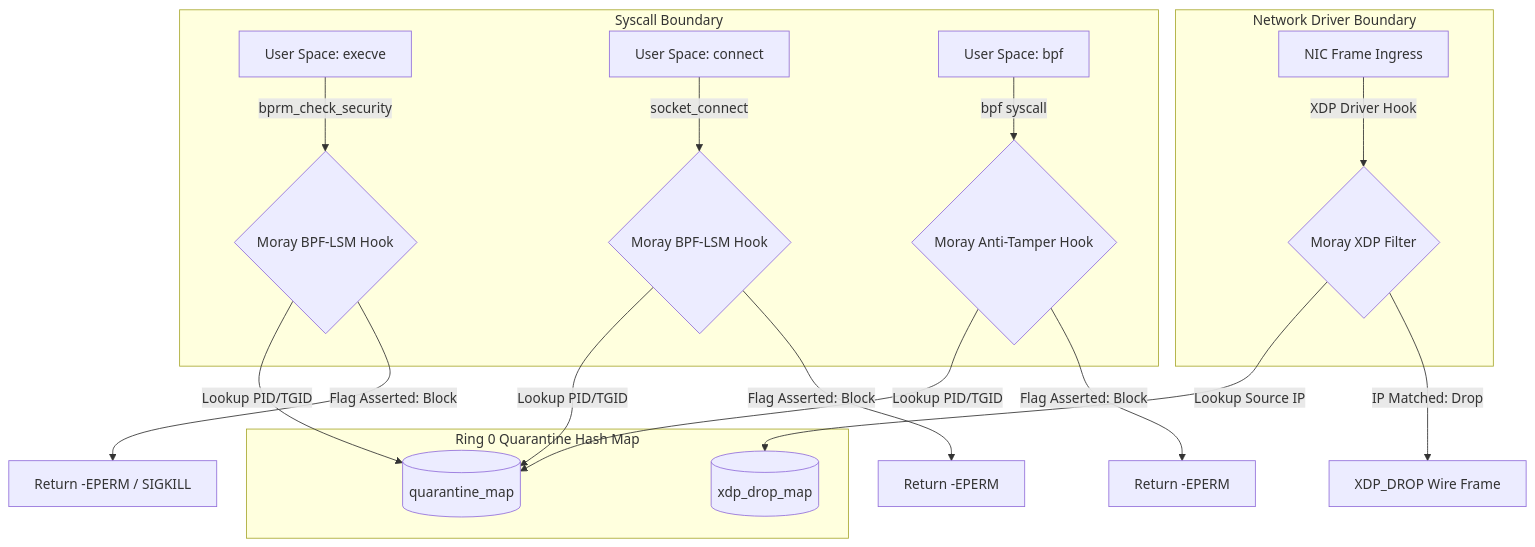
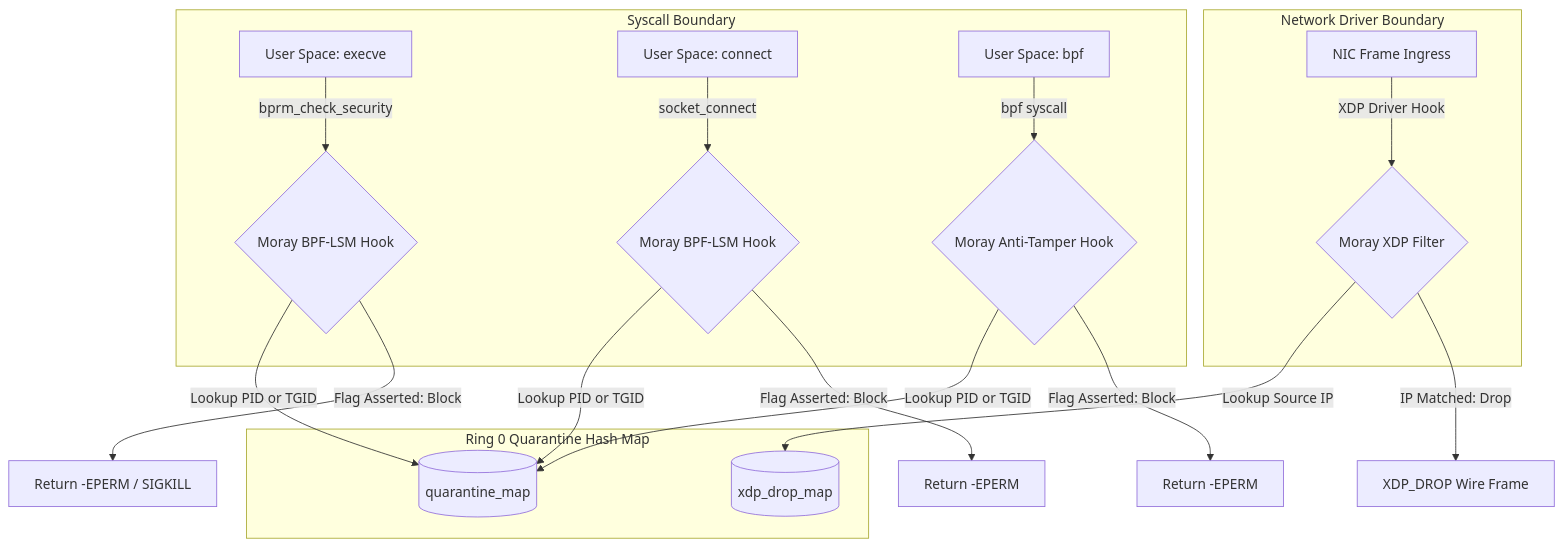
The diagram in docs/THREAT_MODEL.md (codebyangelo/project-moray), drawn with Mermaid before and after one commit. The commit also changed 2 other files, not shown here.

Commit message:
docs: fix mermaid syntax parse error in architecture and threat model diagrams
Eliminate unquoted parentheses in edge label (|O(1) Route Lookup| -> |Fast Route Lookup|),
quote all node text strings containing special characters or colons, and declare
explicit quoted subgraph identifiers across README.md, docs/ARCHITECTURE.md,
and docs/THREAT_MODEL.md to restore clean GitHub Mermaid diagram rendering.

````diff
--- a/docs/THREAT_MODEL.md
+++ b/docs/THREAT_MODEL.md
@@ -63,24 +63,24 @@
 ```mermaid
 graph TD
-    subgraph Syscall Boundary
-        A[User Space: execve] -->|bprm_check_security| B{Moray BPF-LSM Hook}
-        C[User Space: connect] -->|socket_connect| D{Moray BPF-LSM Hook}
-        E[User Space: bpf] -->|bpf syscall| F{Moray Anti-Tamper Hook}
+    subgraph SyscallBoundary ["Syscall Boundary"]
+        A["User Space: execve"] -->|bprm_check_security| B{"Moray BPF-LSM Hook"}
+        C["User Space: connect"] -->|socket_connect| D{"Moray BPF-LSM Hook"}
+        E["User Space: bpf"] -->|bpf syscall| F{"Moray Anti-Tamper Hook"}
     end
 
-    subgraph Network Driver Boundary
-        G[NIC Frame Ingress] -->|XDP Driver Hook| H{Moray XDP Filter}
+    subgraph NetDriverBoundary ["Network Driver Boundary"]
+        G["NIC Frame Ingress"] -->|XDP Driver Hook| H{"Moray XDP Filter"}
     end
 
-    subgraph Ring 0 Quarantine Hash Map
-        B -->|Lookup PID/TGID| M[(quarantine_map)]
-        D -->|Lookup PID/TGID| M
-        F -->|Lookup PID/TGID| M
-        H -->|Lookup Source IP| X[(xdp_drop_map)]
+    subgraph QuarantineMap ["Ring 0 Quarantine Hash Map"]
+        B -->|Lookup PID or TGID| M[("quarantine_map")]
+        D -->|Lookup PID or TGID| M
+        F -->|Lookup PID or TGID| M
+        H -->|Lookup Source IP| X[("xdp_drop_map")]
     end
 
-    B -->|Flag Asserted: Block| B1[Return -EPERM / SIGKILL]
-    D -->|Flag Asserted: Block| D1[Return -EPERM]
-    F -->|Flag Asserted: Block| F1[Return -EPERM]
-    H -->|IP Matched: Drop| H1[XDP_DROP Wire Frame]
+    B -->|Flag Asserted: Block| B1["Return -EPERM / SIGKILL"]
+    D -->|Flag Asserted: Block| D1["Return -EPERM"]
+    F -->|Flag Asserted: Block| F1["Return -EPERM"]
+    H -->|IP Matched: Drop| H1["XDP_DROP Wire Frame"]
 ```
````
